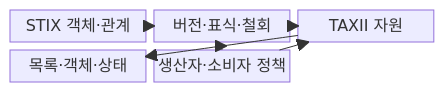
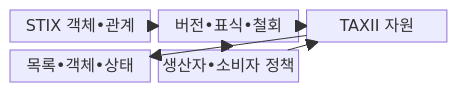
One commit to agnusdei1207/knowledge-base changed the first of 2 diagrams in src/content/docs/notes/05-security/032_stix_taxii.md. Above: the diagram before and after it, drawn with Mermaid. The commit also changed other lines of this file and 953 other files, not shown here.

````diff
--- a/src/content/docs/notes/05-security/032_stix_taxii.md
+++ b/src/content/docs/notes/05-security/032_stix_taxii.md
@@ -67,14 +67,14 @@
 ```mermaid
 block
     columns 3
-    A["STIX 객체·관계"]
-    B["버전·표식·철회"]
+    A["STIX 객체•관계"]
+    B["버전•표식•철회"]
     C["TAXII 자원"]
-    D["목록·객체·상태"]
-    E["생산자·소비자 정책"]
+    D["목록•객체•상태"]
+    E["생산자•소비자 정책"]
     A --> B
     B --> C
     C --> D
     E --> B
     E --> C
 ```
````
